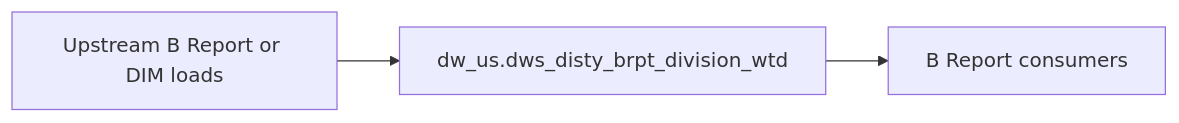
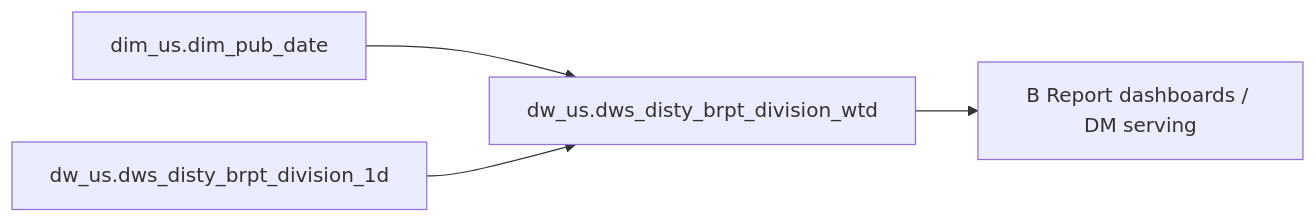
Before and after one commit to chengduhaha/data_agent: the diagram in backend/defaults/b_report/workspace/target/knowledgebase/b-report-us/dws_disty_brpt_division_wtd.md, drawn with Mermaid. The commit also changed other lines of this file and 1108 other files, not shown here.

````diff
--- a/backend/defaults/b_report/workspace/target/knowledgebase/b-report-us/dws_disty_brpt_division_wtd.md
+++ b/backend/defaults/b_report/workspace/target/knowledgebase/b-report-us/dws_disty_brpt_division_wtd.md
@@ -144,8 +267,10 @@
 ```mermaid
 flowchart LR
-  upstream[Upstream B Report or DIM loads]
-  tgt["dw_us.dws_disty_brpt_division_wtd"]
-  brpt[B Report consumers]
-  upstream --> tgt
-  tgt --> brpt
+  dw_us_dws_disty_brpt_division_wtd["dw_us.dws_disty_brpt_division_wtd"]
+  src0["dim_us.dim_pub_date"]
+  src0 --> dw_us_dws_disty_brpt_division_wtd
+  src1["dw_us.dws_disty_brpt_division_1d"]
+  src1 --> dw_us_dws_disty_brpt_division_wtd
+  consumers["B Report dashboards / DM serving"]
+  dw_us_dws_disty_brpt_division_wtd --> consumers
 ```
````
